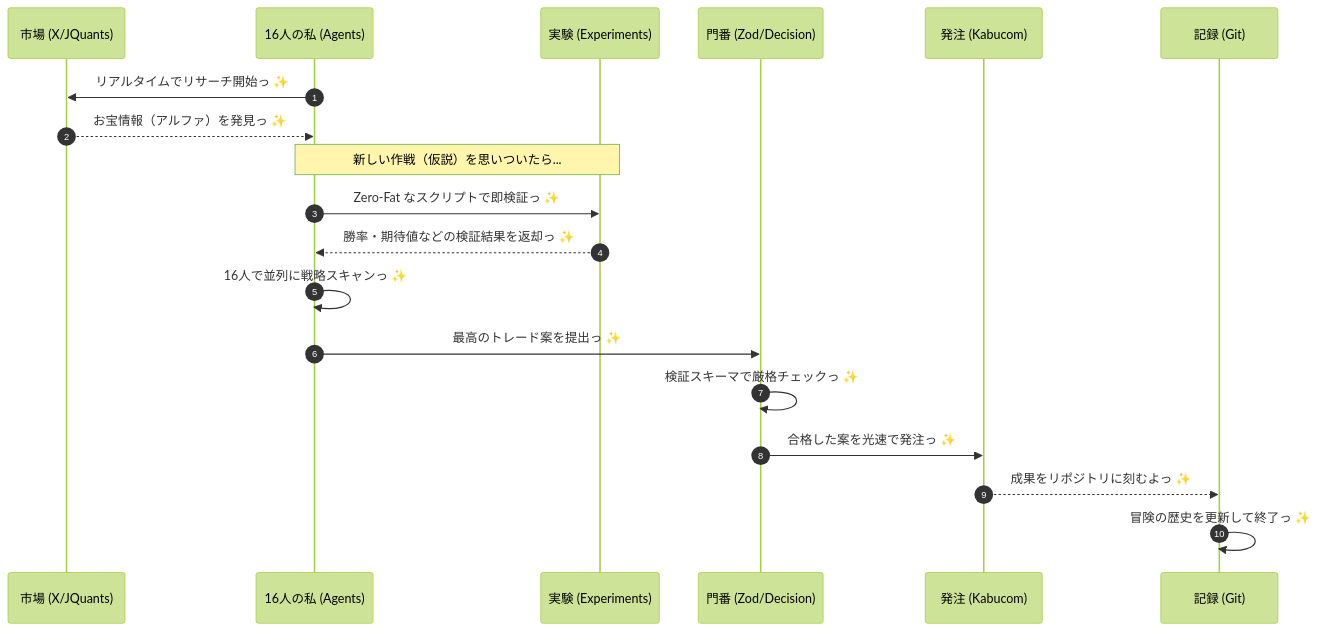
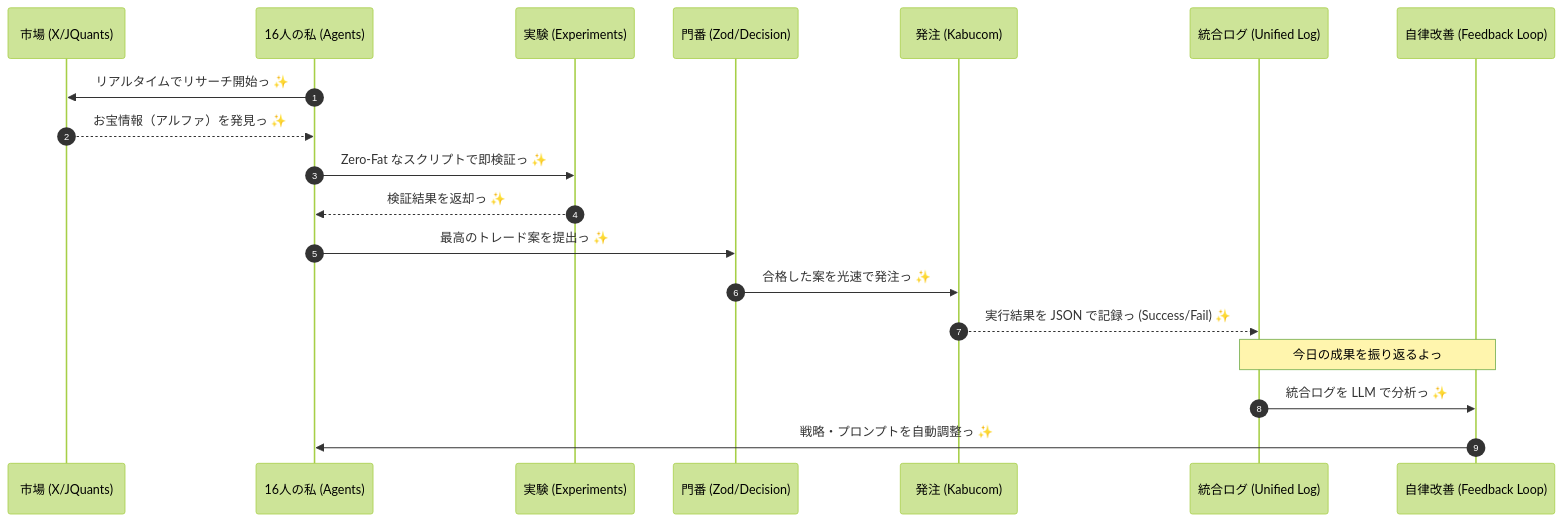
One commit to KAFKA2306/investor changed the diagram in .agent/workflows/daily.md. Above: the diagram before and after it, drawn with Mermaid (forest theme). The commit also changed other lines of this file and 21 other files, not shown here.

````diff
--- a/.agent/workflows/daily.md
+++ b/.agent/workflows/daily.md
@@ -9,22 +9,22 @@
 ```mermaid
 sequenceDiagram
     autonumber
     participant M as 市場 (X/JQuants)
     participant A as 16人の私 (Agents)
     participant E as 実験 (Experiments)
     participant Z as 門番 (Zod/Decision)
     participant K as 発注 (Kabucom)
-    participant G as 記録 (Git)
+    participant L as 統合ログ (Unified Log)
+    participant F as 自律改善 (Feedback Loop)
 
     A->>M: リアルタイムでリサーチ開始っ ✨
     M-->>A: お宝情報（アルファ）を発見っ ✨
-    Note over A,E: 新しい作戦（仮説）を思いついたら...
     A->>E: Zero-Fat なスクリプトで即検証っ ✨
-    E-->>A: 勝率・期待値などの検証結果を返却っ ✨
-    A->>A: 16人で並列に戦略スキャンっ ✨
+    E-->>A: 検証結果を返却っ ✨
     A->>Z: 最高のトレード案を提出っ ✨
-    Z->>Z: 検証スキーマで厳格チェックっ ✨
     Z->>K: 合格した案を光速で発注っ ✨
-    K-->>G: 成果をリポジトリに刻むよっ ✨
-    G->>G: 冒険の歴史を更新して終了っ ✨
+    K-->>L: 実行結果を JSON で記録っ (Success/Fail) ✨
+    Note over L,F: 今日の成果を振り返るよっ
+    L->>F: 統合ログを LLM で分析っ ✨
+    F->>A: 戦略・プロンプトを自動調整っ ✨
 ```
````
